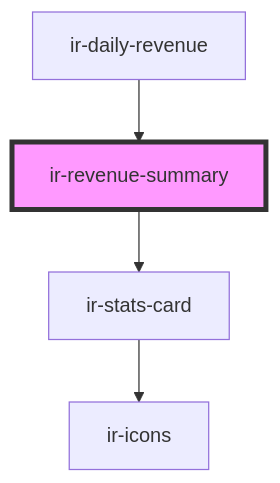
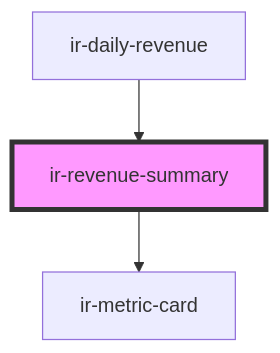
The diagram in src/components/ir-daily-revenue/ir-revenue-summary/readme.md (RonyRizk/ir-webcmp), drawn with Mermaid before and after one commit. The commit also changed other lines of this file and 508 other files, not shown here.

````diff
--- a/src/components/ir-daily-revenue/ir-revenue-summary/readme.md
+++ b/src/components/ir-daily-revenue/ir-revenue-summary/readme.md
@@ -29,7 +29,6 @@
 ```mermaid
 graph TD;
-  ir-revenue-summary --> ir-stats-card
-  ir-stats-card --> ir-icons
+  ir-revenue-summary --> ir-metric-card
   ir-daily-revenue --> ir-revenue-summary
   style ir-revenue-summary fill:#f9f,stroke:#333,stroke-width:4px
 ```
````
